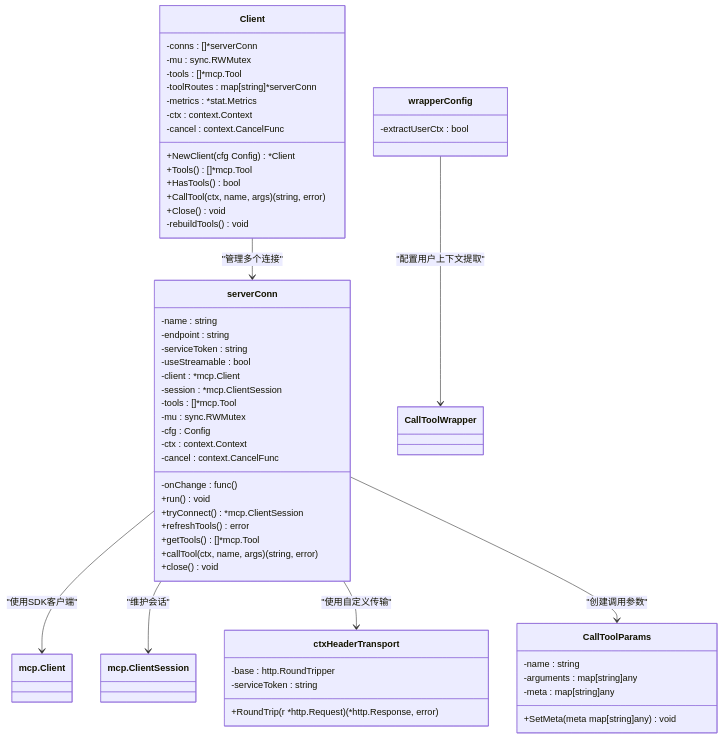
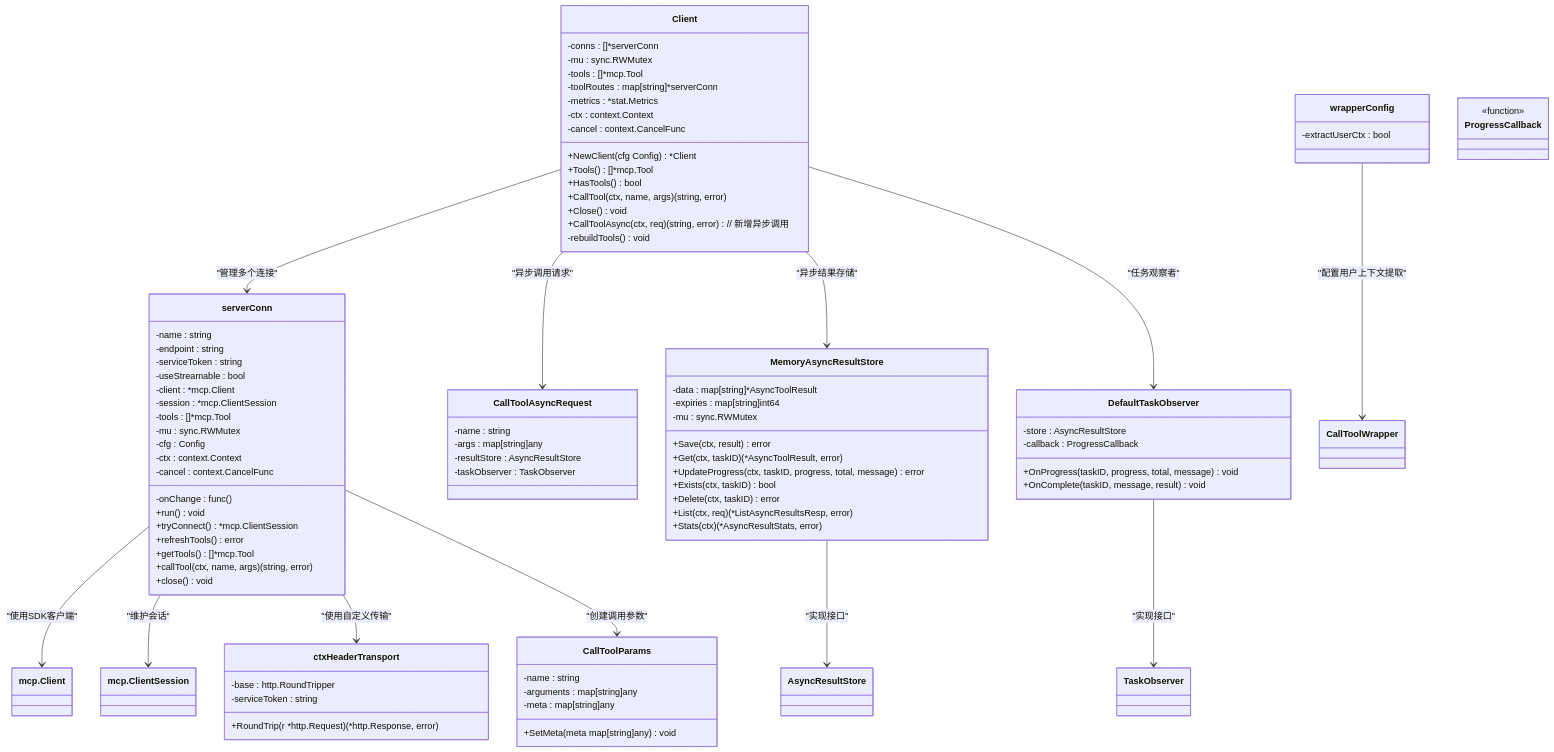
One commit to maomao94/zero-service changed the third of 36 diagrams in .qoder/repowiki/zh/content/核心服务详解/Mcpx客户端包.md. Above: the diagram before and after it, drawn with Mermaid. The commit also changed other lines of this file and 58 other files, not shown here.

````diff
--- a/.qoder/repowiki/zh/content/核心服务详解/Mcpx客户端包.md
+++ b/.qoder/repowiki/zh/content/核心服务详解/Mcpx客户端包.md
@@ -294,6 +367,7 @@
 +HasTools() bool
 +CallTool(ctx, name, args) (string, error)
 +Close() void
++CallToolAsync(ctx, req) (string, error) // 新增异步调用
 -rebuildTools() void
 }
 class serverConn {
@@ -330,10 +404,42 @@
 class wrapperConfig {
 -extractUserCtx : bool
 }
+class CallToolAsyncRequest {
+-name : string
+-args : map[string]any
+-resultStore : AsyncResultStore
+-taskObserver : TaskObserver
+}
+class MemoryAsyncResultStore {
+-data : map[string]*AsyncToolResult
+-expiries : map[string]int64
+-mu : sync.RWMutex
++Save(ctx, result) error
++Get(ctx, taskID) (*AsyncToolResult, error)
++UpdateProgress(ctx, taskID, progress, total, message) error
++Exists(ctx, taskID) bool
++Delete(ctx, taskID) error
++List(ctx, req) (*ListAsyncResultsResp, error)
++Stats(ctx) (*AsyncResultStats, error)
+}
+class DefaultTaskObserver {
+-store : AsyncResultStore
+-callback : ProgressCallback
++OnProgress(taskID, progress, total, message) void
++OnComplete(taskID, message, result) void
+}
+class ProgressCallback {
+<<function>>
+}
 Client --> serverConn : "管理多个连接"
 serverConn --> mcp.Client : "使用SDK客户端"
 serverConn --> mcp.ClientSession : "维护会话"
 serverConn --> ctxHeaderTransport : "使用自定义传输"
 serverConn --> CallToolParams : "创建调用参数"
 wrapperConfig --> CallToolWrapper : "配置用户上下文提取"
+Client --> CallToolAsyncRequest : "异步调用请求"
+Client --> MemoryAsyncResultStore : "异步结果存储"
+Client --> DefaultTaskObserver : "任务观察者"
+MemoryAsyncResultStore --> AsyncResultStore : "实现接口"
+DefaultTaskObserver --> TaskObserver : "实现接口"
 ```
````
